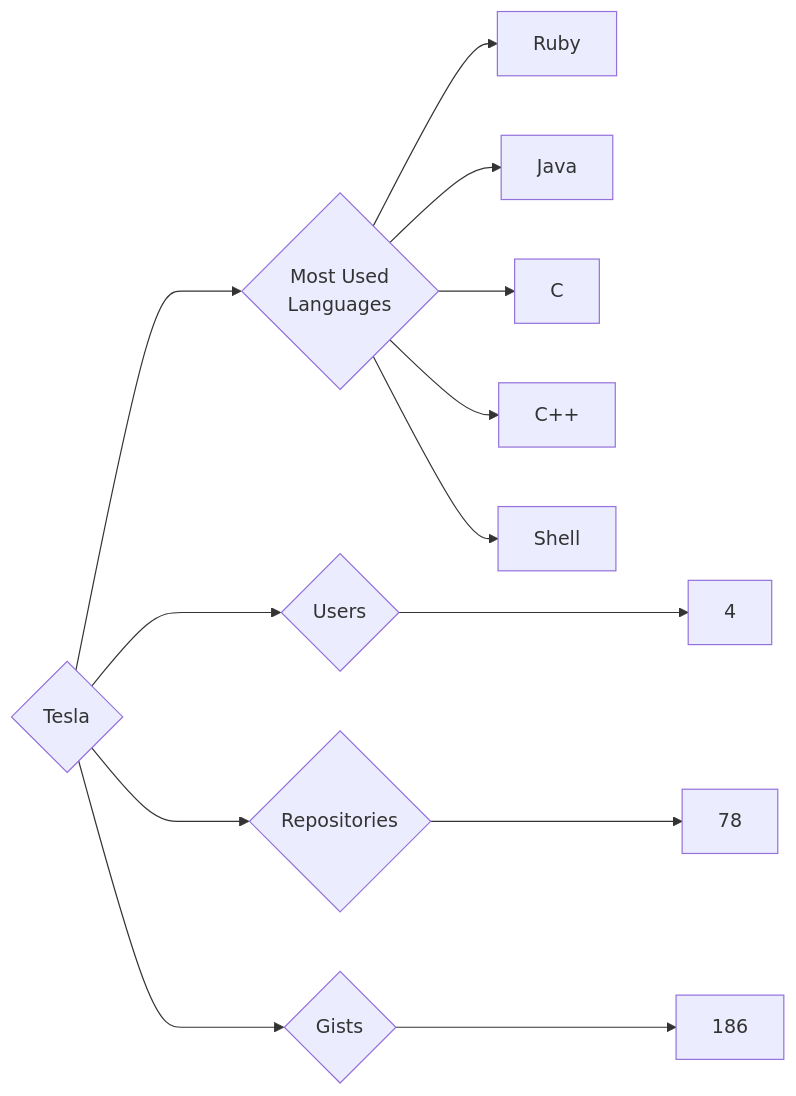
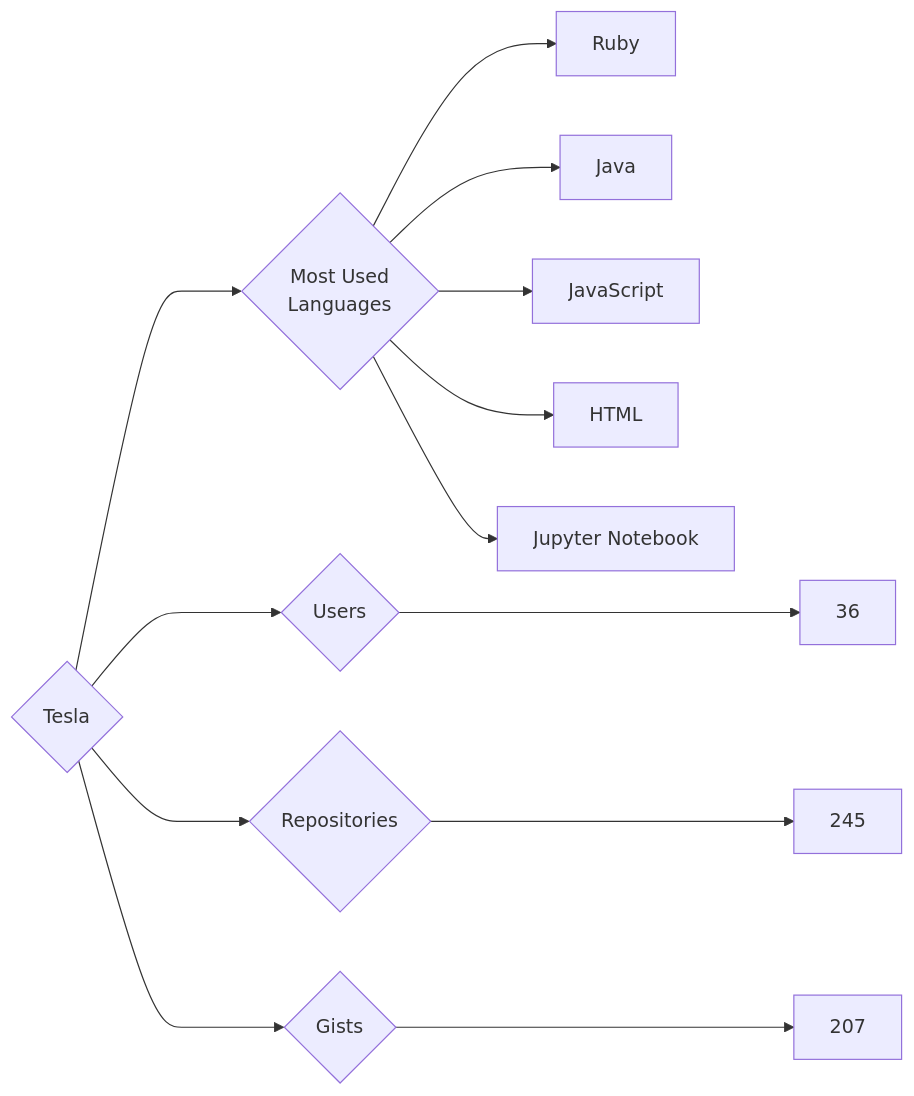
One commit to trickest/insiders changed the diagram in targets/Tesla/README.md. Above: the diagram before and after it, drawn with Mermaid. The commit also changed 534 other files, not shown here.

````diff
--- a/targets/Tesla/README.md
+++ b/targets/Tesla/README.md
@@ -3,13 +3,13 @@
 ```mermaid
 graph LR
 COMPANY_NAME{Tesla}
-COMPANY_NAME ---> U{Users} ---> UN[4]
-COMPANY_NAME ---> R{Repositories} ---> RN[78]
-COMPANY_NAME ---> G{Gists} ---> GN[186]
+COMPANY_NAME ---> U{Users} ---> UN[36]
+COMPANY_NAME ---> R{Repositories} ---> RN[245]
+COMPANY_NAME ---> G{Gists} ---> GN[207]
 COMPANY_NAME ---> ML{Most Used<br>Languages}
 ML --> Ruby[Ruby]
 ML --> Java[Java]
-ML --> C[C]
-ML --> C++[C++]
-ML --> Shell[Shell]
+ML --> JavaScript[JavaScript]
+ML --> HTML[HTML]
+ML --> Jupyter_Notebook[Jupyter Notebook]
 ```
````
